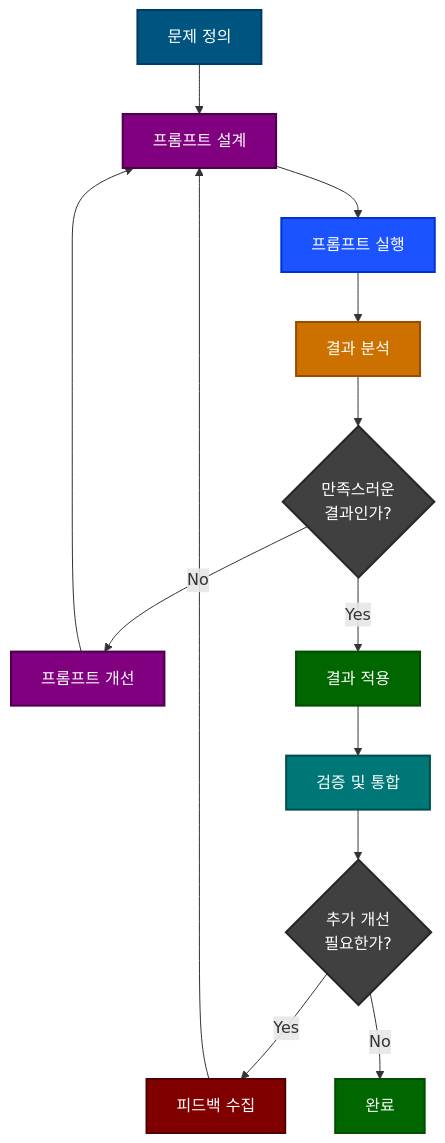
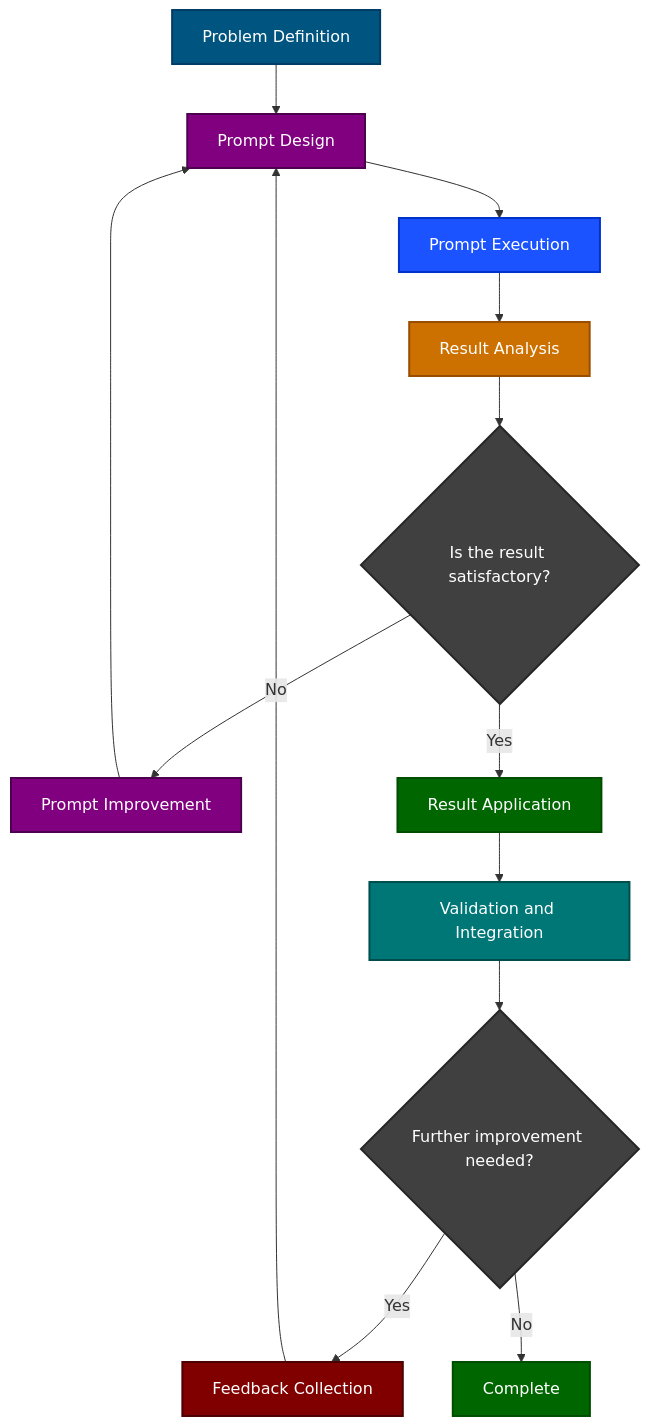
One commit to bbalganjjm/prompt-driven-development changed the second of 4 diagrams in 3.prompt-driven-development-methodology-process.md. Above: the diagram before and after it, drawn with Mermaid. The commit also changed other lines of this file and 4 other files, not shown here.

````diff
--- a/3.prompt-driven-development-methodology-process.md
+++ b/3.prompt-driven-development-methodology-process.md
@@ -150,28 +150,28 @@
 ```mermaid
 graph TD
-    A[문제 정의] --> B[프롬프트 설계]
-    B --> C[프롬프트 실행]
-    C --> D[결과 분석]
-    D --> E{만족스러운 \n 결과인가?}
-    E -->|No| F[프롬프트 개선]
+    A[Problem Definition] --> B[Prompt Design]
+    B --> C[Prompt Execution]
+    C --> D[Result Analysis]
+    D --> E{Is the result satisfactory?}
+    E -->|No| F[Prompt Improvement]
     F --> B
-    E -->|Yes| G[결과 적용]
-    G --> H[검증 및 통합]
-    H --> I{추가 개선 \n 필요한가?}
-    I -->|Yes| J[피드백 수집]
+    E -->|Yes| G[Result Application]
+    G --> H[Validation and Integration]
+    H --> I{Further improvement needed?}
+    I -->|Yes| J[Feedback Collection]
     J --> B
-    I -->|No| K[완료]
-    
-    %% 노드 스타일 정의
+    I -->|No| K[Complete]
+
+    %% Node style
     style A fill:#005580,color:#ffffff,stroke:#003d66,stroke-width:2px
     style B fill:#800080,color:#ffffff,stroke:#4d004d,stroke-width:2px
     style C fill:#1a53ff,color:#ffffff,stroke:#0033cc,stroke-width:2px
     style D fill:#cc7000,color:#ffffff,stroke:#994d00,stroke-width:2px
     style E fill:#404040,color:#ffffff,stroke:#262626,stroke-width:2px
     style F fill:#800080,color:#ffffff,stroke:#4d004d,stroke-width:2px
     style G fill:#006600,color:#ffffff,stroke:#004d00,stroke-width:2px
     style H fill:#007777,color:#ffffff,stroke:#004d4d,stroke-width:2px
     style I fill:#404040,color:#ffffff,stroke:#262626,stroke-width:2px
     style J fill:#800000,color:#ffffff,stroke:#4d0000,stroke-width:2px
     style K fill:#006600,color:#ffffff,stroke:#004d00,stroke-width:2px
 ```
````
